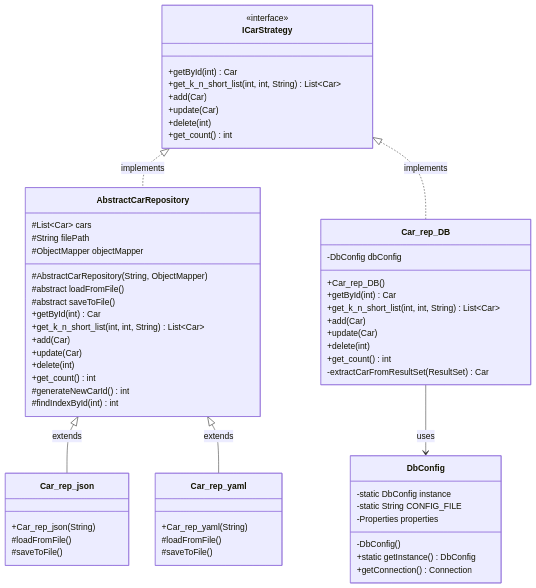
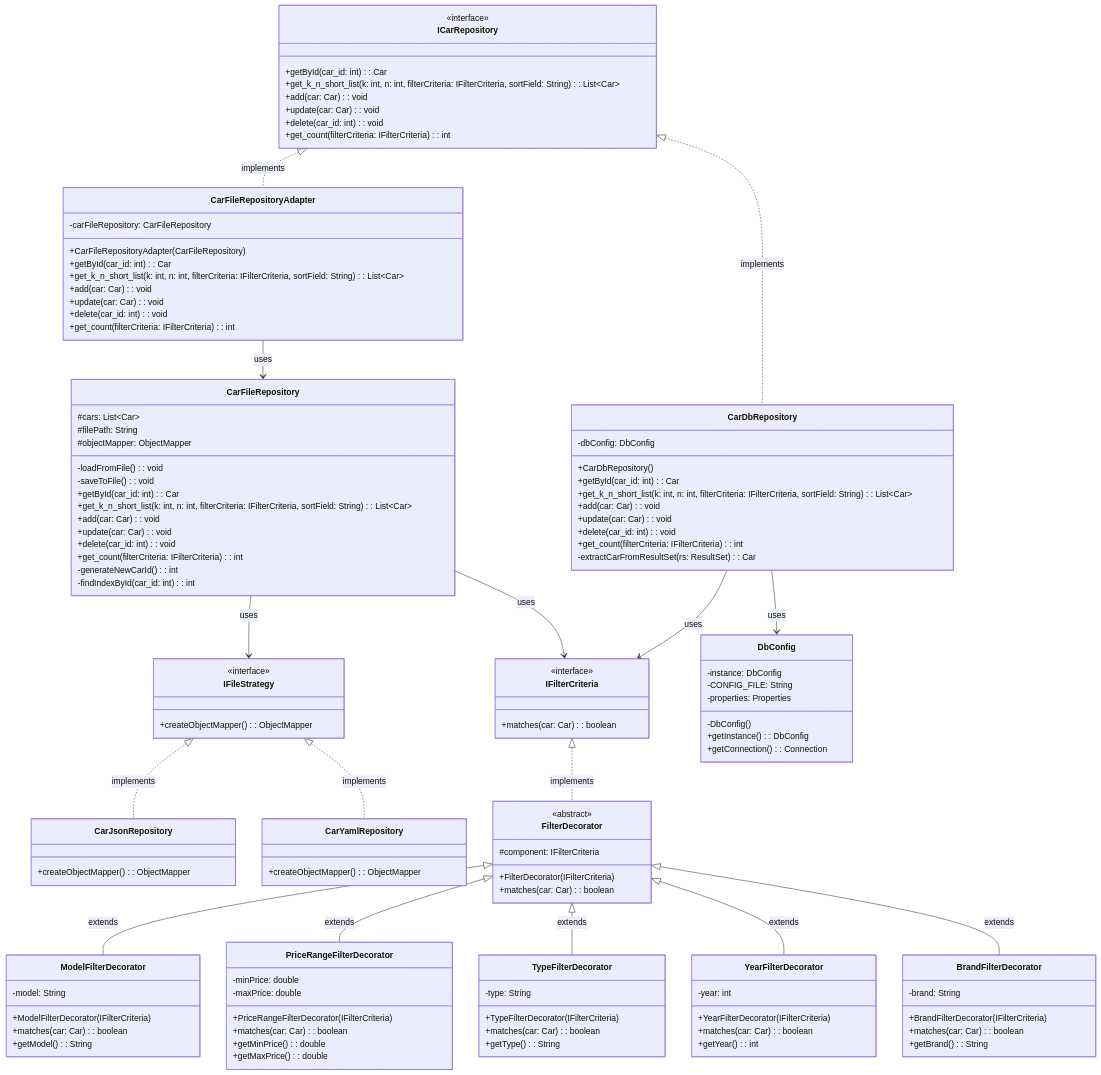
One commit to VoGPro/OOP changed the third of 3 diagrams in README.md. Above: the diagram before and after it, drawn with Mermaid.

Commit message:
Strategy, Adapter and Decorator added to class diagram

````diff
--- a/README.md
+++ b/README.md
@@ -116,69 +116,139 @@
 ```mermaid
 classDiagram
-
-    class ICarStrategy {
+    class ICarRepository {
         <<interface>>
-        +getById(int) Car
-        +get_k_n_short_list(int, int, String) List~Car~
-        +add(Car)
-        +update(Car)
-        +delete(int)
-        +get_count() int
+        +getById(car_id: int): Car
+        +get_k_n_short_list(k: int, n: int, filterCriteria: IFilterCriteria, sortField: String): List~Car~
+        +add(car: Car): void
+        +update(car: Car): void
+        +delete(car_id: int): void
+        +get_count(filterCriteria: IFilterCriteria): int
     }
 
-    class AbstractCarRepository {
-        #List~Car~ cars
-        #String filePath
-        #ObjectMapper objectMapper
-        #AbstractCarRepository(String, ObjectMapper)
-        #abstract loadFromFile()
-        #abstract saveToFile()
-        +getById(int) Car
-        +get_k_n_short_list(int, int, String) List~Car~
-        +add(Car)
-        +update(Car)
-        +delete(int)
-        +get_count() int
-        #generateNewCarId() int
-        #findIndexById(int) int
+    class CarFileRepository {
+        #cars: List~Car~
+        #filePath: String
+        #objectMapper: ObjectMapper
+        -loadFromFile(): void
+        -saveToFile(): void
+        +getById(car_id: int): Car
+        +get_k_n_short_list(k: int, n: int, filterCriteria: IFilterCriteria, sortField: String): List~Car~
+        +add(car: Car): void
+        +update(car: Car): void
+        +delete(car_id: int): void
+        +get_count(filterCriteria: IFilterCriteria): int
+        -generateNewCarId(): int
+        -findIndexById(car_id: int): int
     }
 
-    class Car_rep_json {
-        +Car_rep_json(String)
-        #loadFromFile()
-        #saveToFile()
+    class CarFileRepositoryAdapter {
+        -carFileRepository: CarFileRepository
+        +CarFileRepositoryAdapter(CarFileRepository)
+        +getById(car_id: int): Car
+        +get_k_n_short_list(k: int, n: int, filterCriteria: IFilterCriteria, sortField: String): List~Car~
+        +add(car: Car): void
+        +update(car: Car): void
+        +delete(car_id: int): void
+        +get_count(filterCriteria: IFilterCriteria): int
     }
 
-    class Car_rep_yaml {
-        +Car_rep_yaml(String)
-        #loadFromFile()
-        #saveToFile()
+    class IFileStrategy {
+        <<interface>>
+        +createObjectMapper(): ObjectMapper
     }
 
-    class Car_rep_DB {
-        -DbConfig dbConfig
-        +Car_rep_DB()
-        +getById(int) Car
-        +get_k_n_short_list(int, int, String) List~Car~
-        +add(Car)
-        +update(Car)
-        +delete(int)
-        +get_count() int
-        -extractCarFromResultSet(ResultSet) Car
+    class CarJsonRepository {
+        +createObjectMapper(): ObjectMapper
+    }
+
+    class CarYamlRepository {
+        +createObjectMapper(): ObjectMapper
+    }
+
+    class IFilterCriteria {
+        <<interface>>
+        +matches(car: Car): boolean
+    }
+
+    class FilterDecorator {
+        <<abstract>>
+        #component: IFilterCriteria
+        +FilterDecorator(IFilterCriteria)
+        +matches(car: Car): boolean
+    }
+
+    class BrandFilterDecorator {
+        -brand: String
+        +BrandFilterDecorator(IFilterCriteria)
+        +matches(car: Car): boolean
+        +getBrand(): String
+    }
+
+    class ModelFilterDecorator {
+        -model: String
+        +ModelFilterDecorator(IFilterCriteria)
+        +matches(car: Car): boolean
+        +getModel(): String
+    }
+
+    class YearFilterDecorator {
+        -year: int
+        +YearFilterDecorator(IFilterCriteria)
+        +matches(car: Car): boolean
+        +getYear(): int
+    }
+
+    class PriceRangeFilterDecorator {
+        -minPrice: double
+        -maxPrice: double
+        +PriceRangeFilterDecorator(IFilterCriteria)
+        +matches(car: Car): boolean
+        +getMinPrice(): double
+        +getMaxPrice(): double
+    }
+
+    class TypeFilterDecorator {
+        -type: String
+        +TypeFilterDecorator(IFilterCriteria)
+        +matches(car: Car): boolean
+        +getType(): String
+    }
+
+    class CarDbRepository {
+        -dbConfig: DbConfig
+        +CarDbRepository()
+        +getById(car_id: int): Car
+        +get_k_n_short_list(k: int, n: int, filterCriteria: IFilterCriteria, sortField: String): List~Car~
+        +add(car: Car): void
+        +update(car: Car): void
+        +delete(car_id: int): void
+        +get_count(filterCriteria: IFilterCriteria): int
+        -extractCarFromResultSet(rs: ResultSet): Car
     }
 
     class DbConfig {
-        -static DbConfig instance
-        -static String CONFIG_FILE
-        -Properties properties
+        -instance: DbConfig
+        -CONFIG_FILE: String
+        -properties: Properties
         -DbConfig()
-        +static getInstance() DbConfig
-        +getConnection() Connection
+        +getInstance(): DbConfig
+        +getConnection(): Connection
     }
 
-    ICarStrategy <|.. AbstractCarRepository : implements
-    ICarStrategy <|.. Car_rep_DB : implements
-    AbstractCarRepository <|-- Car_rep_json : extends
-    AbstractCarRepository <|-- Car_rep_yaml : extends
-    Car_rep_DB --> DbConfig : uses
+    ICarRepository <|.. CarDbRepository : implements
+    ICarRepository <|.. CarFileRepositoryAdapter : implements
+    CarFileRepositoryAdapter --> CarFileRepository : uses
+    CarFileRepository --> IFileStrategy : uses
+    IFileStrategy <|.. CarJsonRepository : implements
+    IFileStrategy <|.. CarYamlRepository : implements
+    CarDbRepository --> DbConfig : uses
+    CarDbRepository --> IFilterCriteria : uses
+    CarFileRepository --> IFilterCriteria : uses
+    
+    IFilterCriteria <|.. FilterDecorator : implements
+    FilterDecorator <|-- ModelFilterDecorator : extends
+    FilterDecorator <|-- PriceRangeFilterDecorator : extends
+    FilterDecorator <|-- TypeFilterDecorator : extends
+    FilterDecorator <|-- YearFilterDecorator : extends
+    FilterDecorator <|-- BrandFilterDecorator : extends
 ```
````
